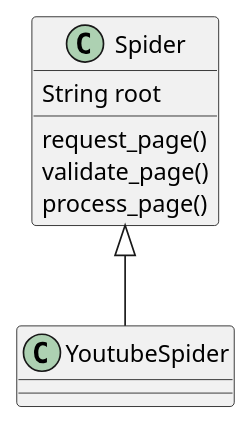
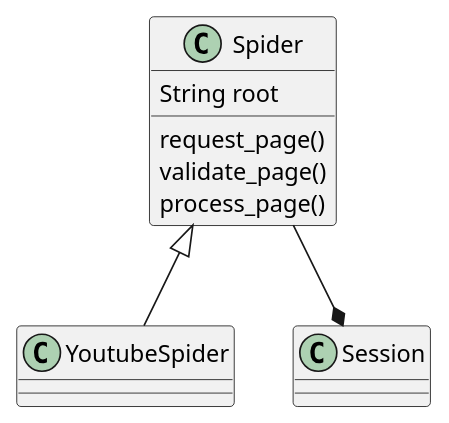
Before and after one commit to AntonMaxen/TH-Spyder: the diagram in uml.puml, drawn with PlantUML. The commit also changed 4 other files, not shown here.

```diff
--- a/uml.puml
+++ b/uml.puml
@@ -1,10 +1,11 @@
 @startuml
 Spider <|-- YoutubeSpider
+Spider --* Session
 
 Spider : String root
 Spider : request_page()
 Spider : validate_page()
 Spider : process_page()
 
 
 @enduml
```
